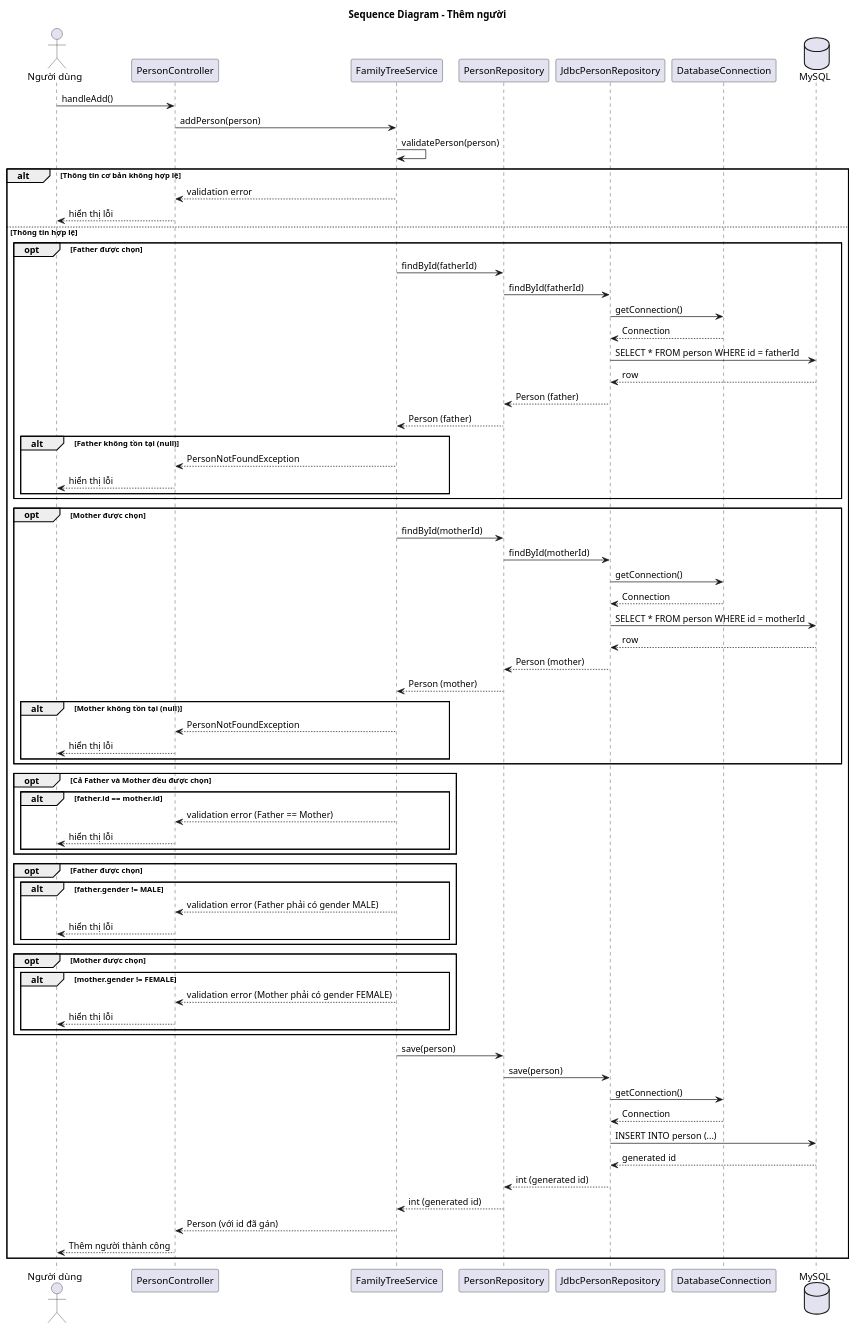
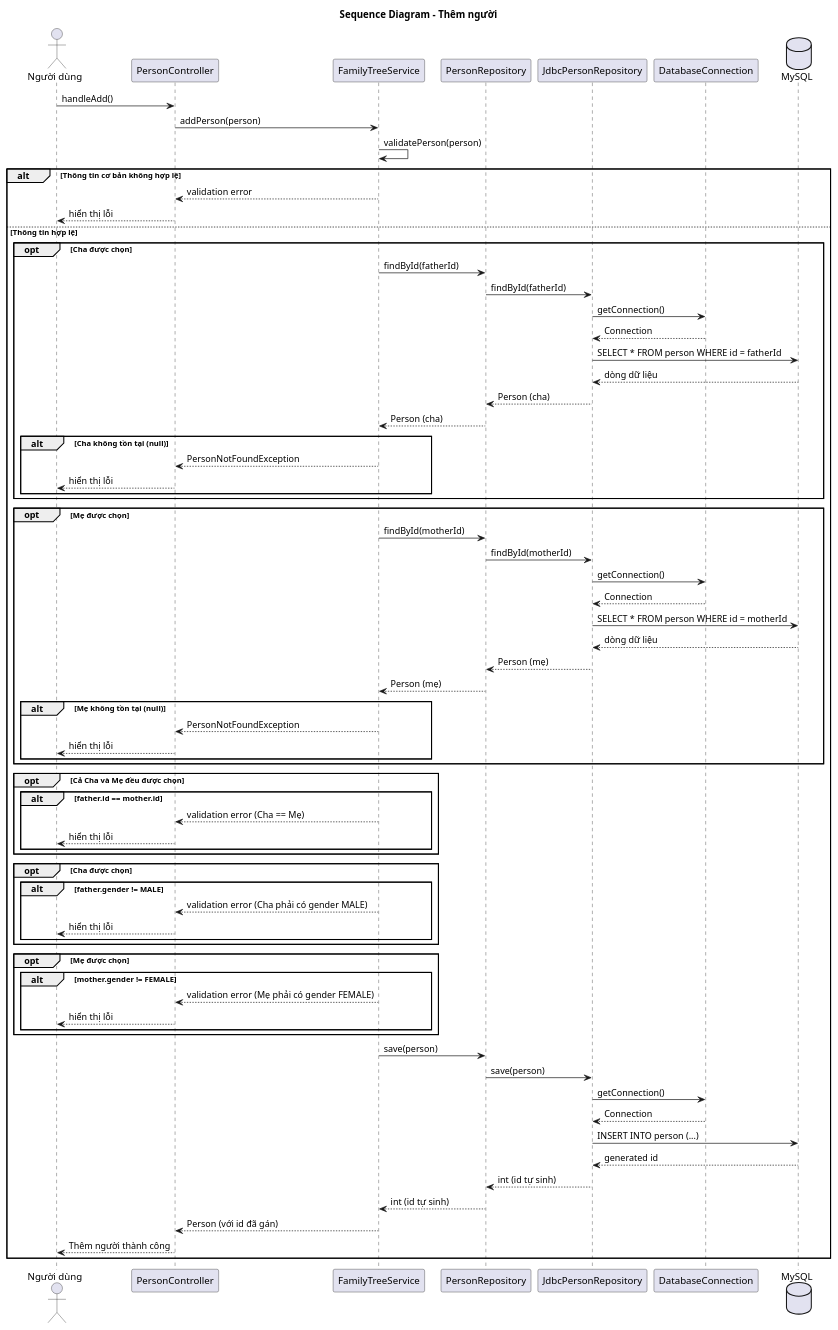
One commit to minhchien170704/do-an-gia-pha changed the diagram in docs/uml/sequence-add-person.puml. Above: the diagram before and after it, drawn with PlantUML. The commit also changed 21 other files, not shown here.

First line of the commit message:
docs(uml): dịch toàn bộ sơ đồ sang tiếng Việt + bổ sung bộ test View Layer (#1)

```diff
--- a/docs/uml/sequence-add-person.puml
+++ b/docs/uml/sequence-add-person.puml
@@ -1,89 +1,89 @@
 @startuml sequence-add-person
 
 title Sequence Diagram - Thêm người
 
 actor "Người dùng" as User
 participant "PersonController" as Controller
 participant "FamilyTreeService" as Service
 participant "PersonRepository" as Repo
 participant "JdbcPersonRepository" as JdbcRepo
 participant "DatabaseConnection" as DBConn
 database "MySQL" as DB
 
 User -> Controller : handleAdd()
 Controller -> Service : addPerson(person)
 
 Service -> Service : validatePerson(person)
 
 alt Thông tin cơ bản không hợp lệ
     Service --> Controller : validation error
     Controller --> User : hiển thị lỗi
 else Thông tin hợp lệ
 
-    opt Father được chọn
+    opt Cha được chọn
         Service -> Repo : findById(fatherId)
         Repo -> JdbcRepo : findById(fatherId)
         JdbcRepo -> DBConn : getConnection()
         DBConn --> JdbcRepo : Connection
         JdbcRepo -> DB : SELECT * FROM person WHERE id = fatherId
-        DB --> JdbcRepo : row
-        JdbcRepo --> Repo : Person (father)
-        Repo --> Service : Person (father)
+        DB --> JdbcRepo : dòng dữ liệu
+        JdbcRepo --> Repo : Person (cha)
+        Repo --> Service : Person (cha)
 
-        alt Father không tồn tại (null)
+        alt Cha không tồn tại (null)
             Service --> Controller : PersonNotFoundException
             Controller --> User : hiển thị lỗi
         end
     end
 
-    opt Mother được chọn
+    opt Mẹ được chọn
         Service -> Repo : findById(motherId)
         Repo -> JdbcRepo : findById(motherId)
         JdbcRepo -> DBConn : getConnection()
         DBConn --> JdbcRepo : Connection
         JdbcRepo -> DB : SELECT * FROM person WHERE id = motherId
-        DB --> JdbcRepo : row
-        JdbcRepo --> Repo : Person (mother)
-        Repo --> Service : Person (mother)
+        DB --> JdbcRepo : dòng dữ liệu
+        JdbcRepo --> Repo : Person (mẹ)
+        Repo --> Service : Person (mẹ)
 
-        alt Mother không tồn tại (null)
+        alt Mẹ không tồn tại (null)
             Service --> Controller : PersonNotFoundException
             Controller --> User : hiển thị lỗi
         end
     end
 
-    opt Cả Father và Mother đều được chọn
+    opt Cả Cha và Mẹ đều được chọn
         alt father.id == mother.id
-            Service --> Controller : validation error (Father == Mother)
+            Service --> Controller : validation error (Cha == Mẹ)
             Controller --> User : hiển thị lỗi
         end
     end
 
-    opt Father được chọn
+    opt Cha được chọn
         alt father.gender != MALE
-            Service --> Controller : validation error (Father phải có gender MALE)
+            Service --> Controller : validation error (Cha phải có gender MALE)
             Controller --> User : hiển thị lỗi
         end
     end
 
-    opt Mother được chọn
+    opt Mẹ được chọn
         alt mother.gender != FEMALE
-            Service --> Controller : validation error (Mother phải có gender FEMALE)
+            Service --> Controller : validation error (Mẹ phải có gender FEMALE)
             Controller --> User : hiển thị lỗi
         end
     end
 
     Service -> Repo : save(person)
     Repo -> JdbcRepo : save(person)
     JdbcRepo -> DBConn : getConnection()
     DBConn --> JdbcRepo : Connection
     JdbcRepo -> DB : INSERT INTO person (...)
     DB --> JdbcRepo : generated id
-    JdbcRepo --> Repo : int (generated id)
-    Repo --> Service : int (generated id)
+    JdbcRepo --> Repo : int (id tự sinh)
+    Repo --> Service : int (id tự sinh)
     Service --> Controller : Person (với id đã gán)
     Controller --> User : Thêm người thành công
 
 end
 
 @enduml
```
